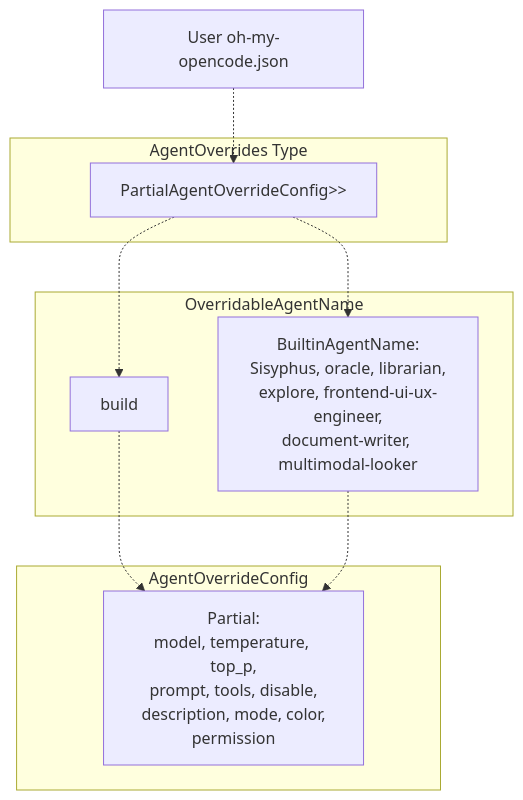
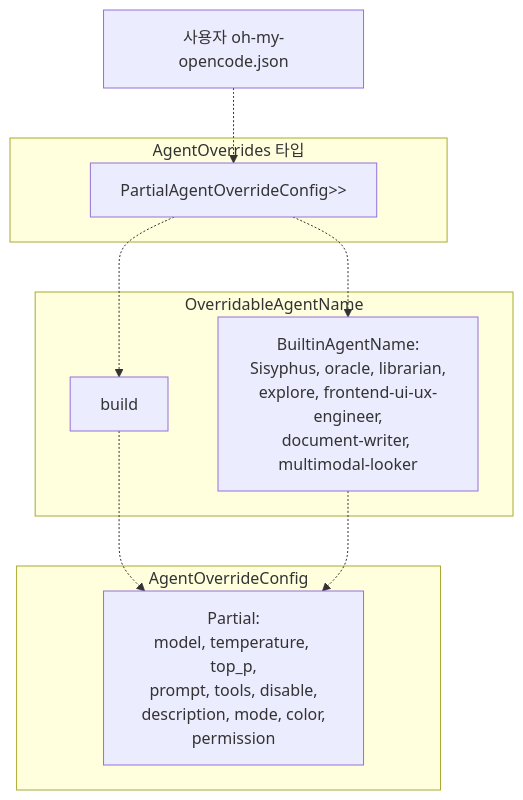
The fifth of 5 diagrams in docs/agents/agent-system.md (felipetruman/oh-my-opencode-docs), drawn with Mermaid before and after one commit. The commit also changed other lines of this file and 76 other files, not shown here.

````diff
--- a/docs/agents/agent-system.md
+++ b/docs/agents/agent-system.md
@@ -322,28 +312,28 @@
 ```mermaid
 flowchart TD
 
-UserConfig["User oh-my-opencode.json"]
+UserConfig["사용자 oh-my-opencode.json"]
 OverrideRecord["PartialAgentOverrideConfig>>"]
 Build["build"]
 Builtin["BuiltinAgentName:<br>Sisyphus, oracle, librarian,<br>explore, frontend-ui-ux-engineer,<br>document-writer, multimodal-looker"]
 PartialAgent["Partial:<br>model, temperature, top_p,<br>prompt, tools, disable,<br>description, mode, color,<br>permission"]
 
 UserConfig -.-> OverrideRecord
 OverrideRecord -.-> Build
 OverrideRecord -.-> Builtin
 Build -.-> PartialAgent
 Builtin -.-> PartialAgent
 
 subgraph AgentOverrideConfig ["AgentOverrideConfig"]
     PartialAgent
 end
 
 subgraph OverridableAgentName ["OverridableAgentName"]
     Build
     Builtin
 end
 
-subgraph subGraph0 ["AgentOverrides Type"]
+subgraph subGraph0 ["AgentOverrides 타입"]
     OverrideRecord
 end
 ```
````
